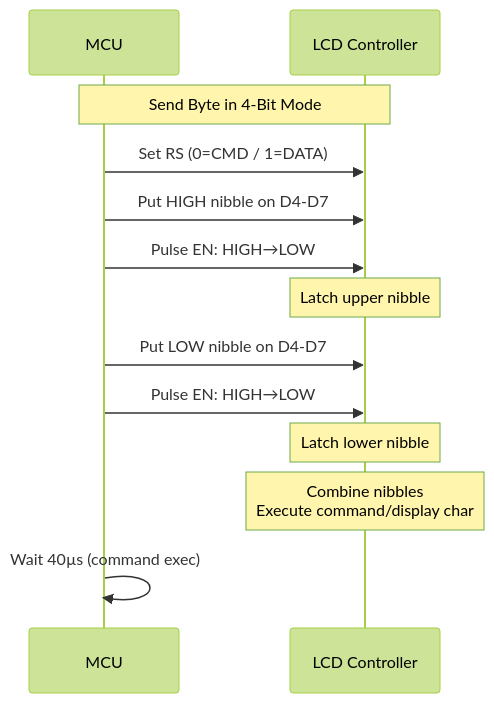
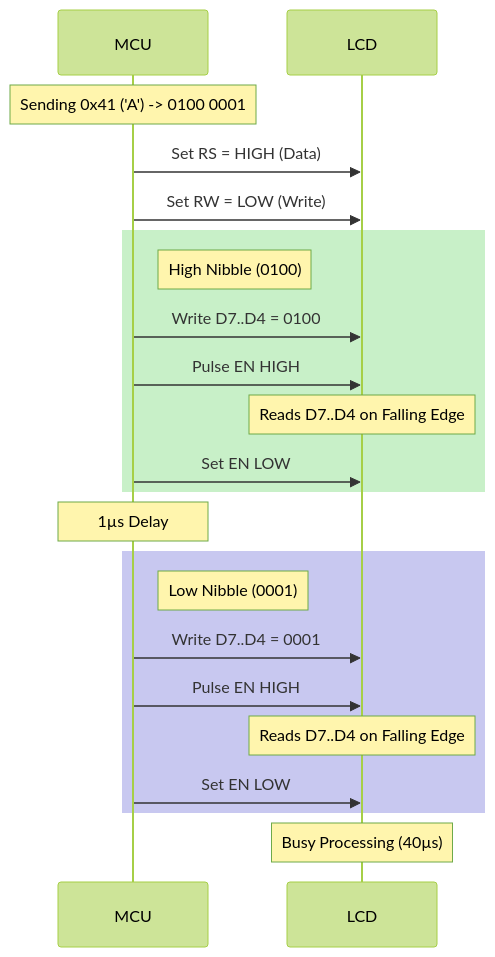
The second of 4 diagrams in Doc/Embedded/New/06_ImplementationDoc/Software_Layers/HAL_Layer/LCD/LCD_Driver.md (Gestell-Solution/Smart_Energy_Management_System), drawn with Mermaid (forest theme) before and after one commit. The commit also changed other lines of this file and 30 other files, not shown here.

````diff
--- a/Doc/Embedded/New/06_ImplementationDoc/Software_Layers/HAL_Layer/LCD/LCD_Driver.md
+++ b/Doc/Embedded/New/06_ImplementationDoc/Software_Layers/HAL_Layer/LCD/LCD_Driver.md
@@ -85,20 +117,30 @@
 ```mermaid
 sequenceDiagram
-    participant CPU as MCU
-    participant LCD as LCD Controller
+    participant MCU
+    participant LCD
 
-    Note over CPU,LCD: Send Byte in 4-Bit Mode
+    Note over MCU: Sending 0x41 ('A') -> 0100 0001
 
-    CPU->>LCD: Set RS (0=CMD / 1=DATA)
-    CPU->>LCD: Put HIGH nibble on D4-D7
-    CPU->>LCD: Pulse EN: HIGH→LOW
-    Note over LCD: Latch upper nibble
+    MCU->>LCD: Set RS = HIGH (Data)
+    MCU->>LCD: Set RW = LOW (Write)
 
-    CPU->>LCD: Put LOW nibble on D4-D7
-    CPU->>LCD: Pulse EN: HIGH→LOW
-    Note over LCD: Latch lower nibble
+    rect rgb(200, 240, 200)
+        Note right of MCU: High Nibble (0100)
+        MCU->>LCD: Write D7..D4 = 0100
+        MCU->>LCD: Pulse EN HIGH
+        Note over LCD: Reads D7..D4 on Falling Edge
+        MCU->>LCD: Set EN LOW
+    end
 
-    Note over LCD: Combine nibbles<br/>Execute command/display char
+    Note over MCU: 1µs Delay
 
-    CPU->>CPU: Wait 40µs (command exec)
+    rect rgb(200, 200, 240)
+        Note right of MCU: Low Nibble (0001)
+        MCU->>LCD: Write D7..D4 = 0001
+        MCU->>LCD: Pulse EN HIGH
+        Note over LCD: Reads D7..D4 on Falling Edge
+        MCU->>LCD: Set EN LOW
+    end
+
+    Note over LCD: Busy Processing (40µs)
 ```
````
